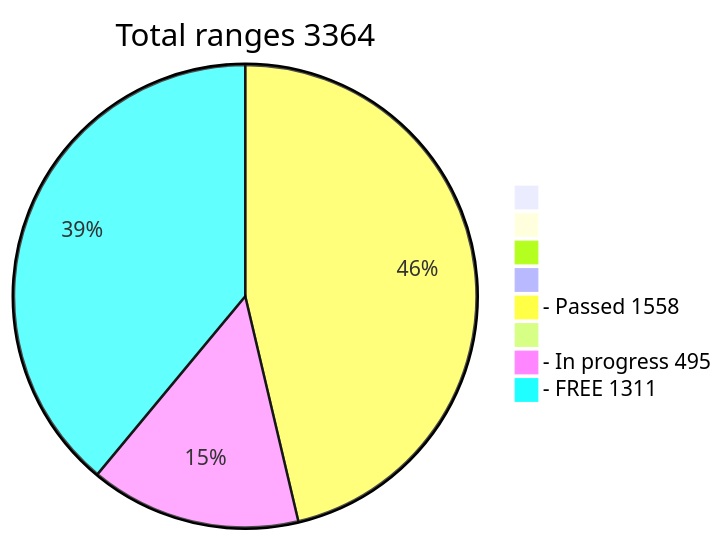
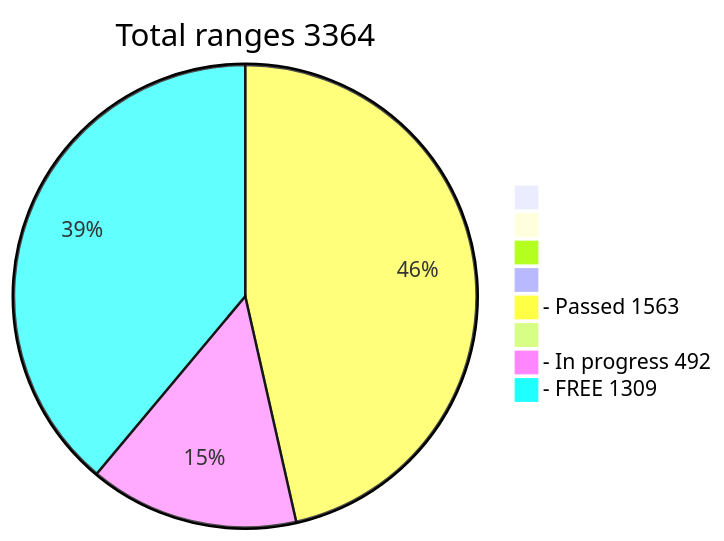
Before and after one commit to phrutis/wif500: the diagram in README.md, drawn with Mermaid.

````diff
--- a/README.md
+++ b/README.md
@@ -16,12 +16,12 @@
 ```mermaid
 pie title Total ranges 3364
              " " : 0
             "  " : 0
            "   " : 0
           "    " : 0
-  "- Passed 1558" : 1558
+  "- Passed 1563" : 1563
          "     " : 0
-  "- In progress 495" : 495
-   "- FREE 1311" : 1311
+  "- In progress 492" : 492
+   "- FREE 1309" : 1309
    
 ```
````
